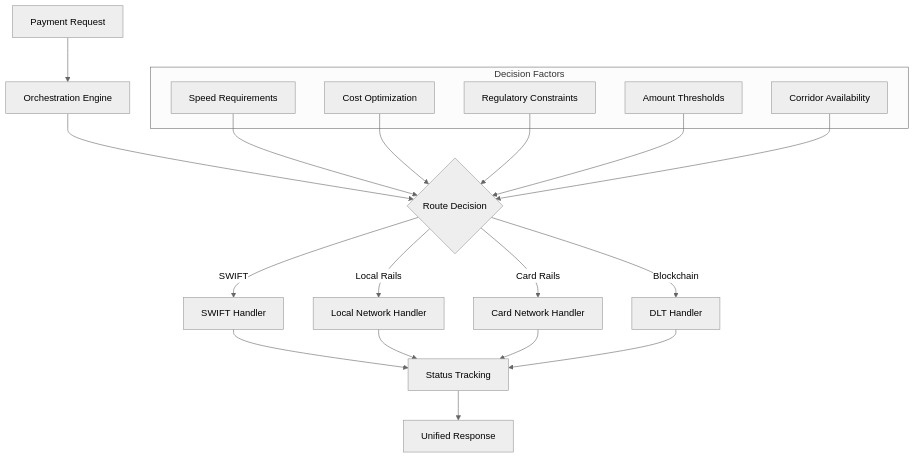
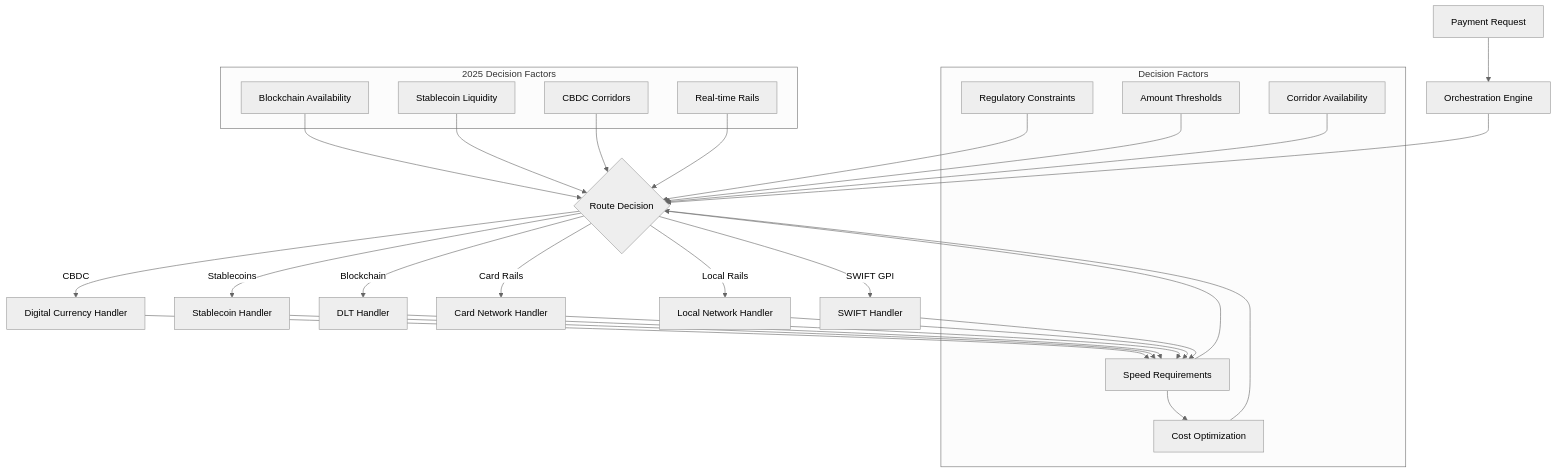
One commit to dug-21/arch-research changed the fifth of 7 diagrams in epics/active/issue-3/processes/cross-border-payments.md. Above: the diagram before and after it, drawn with Mermaid (neutral theme). The commit also changed other lines of this file and 35 other files, not shown here.

First line of the commit message:
feat: Complete comprehensive payments industry architecture research (issue #3)

````diff
--- a/epics/active/issue-3/processes/cross-border-payments.md
+++ b/epics/active/issue-3/processes/cross-border-payments.md
@@ -248,32 +302,48 @@
 ```mermaid
 graph TB
     A[Payment Request] --> B[Orchestration Engine]
     
     B --> C{Route Decision}
     
-    C -->|SWIFT| D[SWIFT Handler]
+    C -->|SWIFT GPI| D[SWIFT Handler]
     C -->|Local Rails| E[Local Network Handler]
     C -->|Card Rails| F[Card Network Handler]
     C -->|Blockchain| G[DLT Handler]
+    C -->|Stablecoins| H[Stablecoin Handler]
+    C -->|CBDC| I[Digital Currency Handler]
     
-    D --> H[Status Tracking]
-    E --> H
-    F --> H
-    G --> H
+    D --> J[Status Tracking]
+    E --> J
+    F --> J
+    G --> J
+    H --> J
+    I --> J
     
-    H --> I[Unified Response]
+    J --> K[Unified Response]
     
     subgraph "Decision Factors"
         J[Speed Requirements]
         K[Cost Optimization]
         L[Regulatory Constraints]
         M[Amount Thresholds]
         N[Corridor Availability]
     end
     
     J --> C
     K --> C
     L --> C
     M --> C
     N --> C
+    
+    subgraph "2025 Decision Factors"
+        O[Blockchain Availability]
+        P[Stablecoin Liquidity]
+        Q[CBDC Corridors]
+        R[Real-time Rails]
+    end
+    
+    O --> C
+    P --> C
+    Q --> C
+    R --> C
 ```
````
